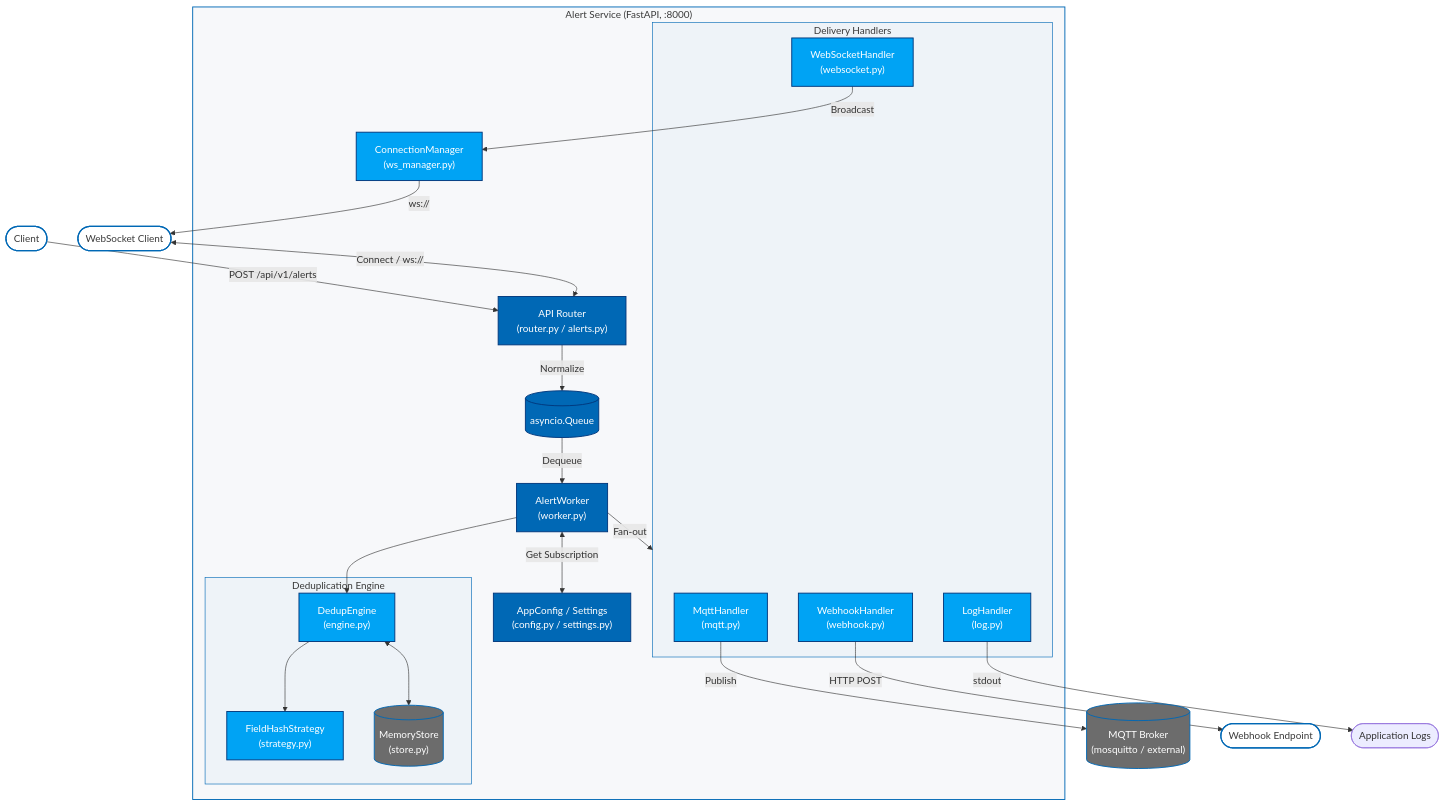
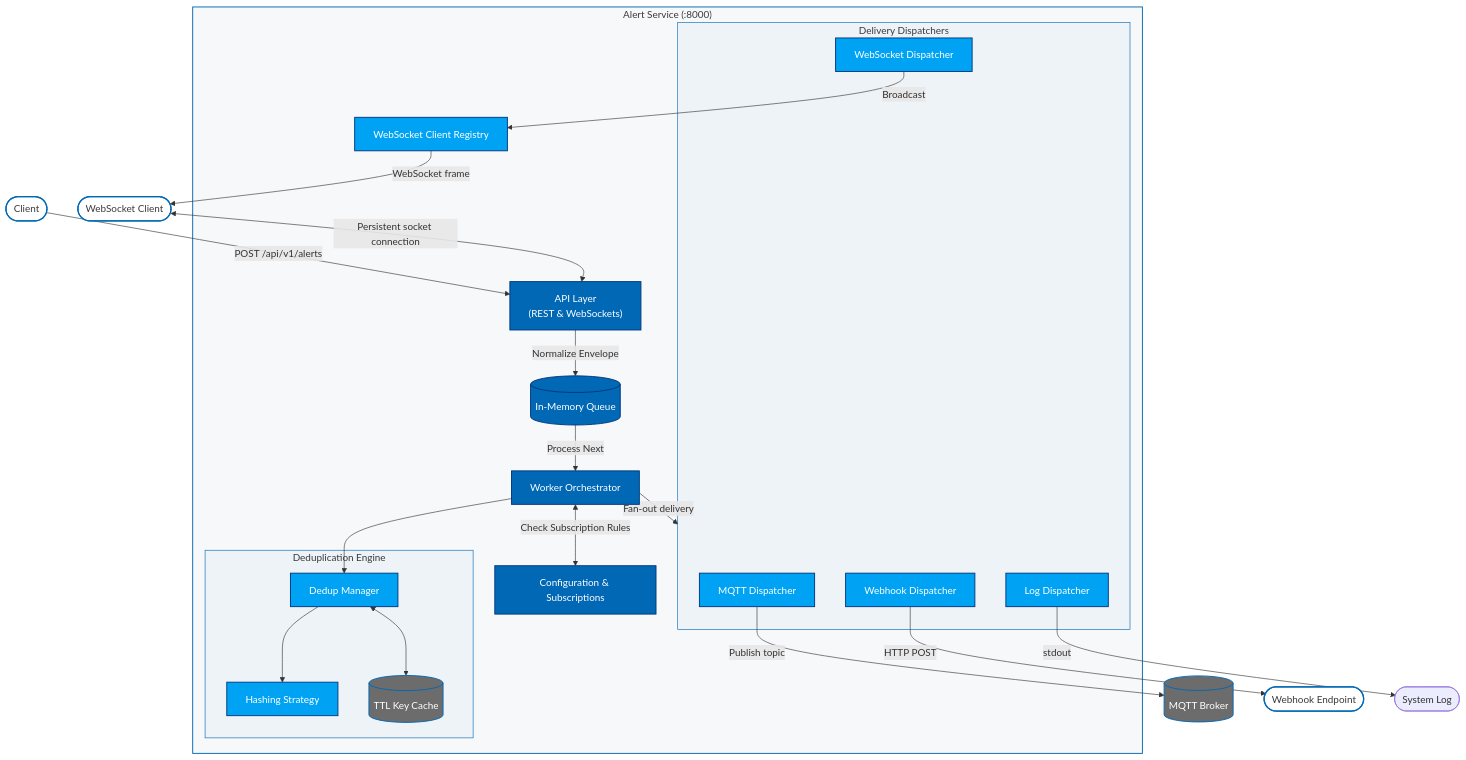
Before and after one commit to open-edge-platform/edge-ai-libraries: the diagram in microservices/alert-service/docs/user-guide/how-it-works.md, drawn with Mermaid.

Commit message:
update architecture

````diff
--- a/microservices/alert-service/docs/user-guide/how-it-works.md
+++ b/microservices/alert-service/docs/user-guide/how-it-works.md
@@ -9,82 +9,82 @@
 ```mermaid
 %%{init: {
   'theme': 'base',
   'themeVariables': {
     'fontFamily': '"IntelOne Display", "Intel Clear", "Inter", "Segoe UI", Arial, sans-serif',
     'fontSize': '14px',
     'primaryColor': '#0068B5',
     'primaryTextColor': '#FFFFFF',
     'primaryBorderColor': '#00377C',
     'lineColor': '#00377C',
     'secondaryColor': '#EEF3F8',
     'tertiaryColor': '#F7F8FA',
     'background': '#FFFFFF',
     'mainBkg': '#FFFFFF',
     'clusterBkg': '#F7F8FA',
     'clusterBorder': '#0068B5',
     'edgeLabelBackground': '#FFFFFF',
     'noteBkgColor': '#F7F8FA',
     'noteTextColor': '#3A3A3A'
   }
 }}%%
 flowchart TD
     Client([Client])
 
-    subgraph Service["Alert Service (FastAPI, :8000)"]
-        API["API Router<br/>(router.py / alerts.py)"]
-        Queue[("asyncio.Queue")]
-        Worker["AlertWorker<br/>(worker.py)"]
+    subgraph Service["Alert Service (:8000)"]
+        API["API Layer<br/>(REST & WebSockets)"]
+        Queue[("In-Memory Queue")]
+        Worker["Worker Orchestrator"]
         
         subgraph Dedup["Deduplication Engine"]
-            Engine["DedupEngine<br/>(engine.py)"]
-            Strategy["FieldHashStrategy<br/>(strategy.py)"]
-            Store[("MemoryStore<br/>(store.py)")]
+            Engine["Dedup Manager"]
+            Strategy["Hashing Strategy"]
+            Store[("TTL Key Cache")]
         end
 
-        subgraph Handlers["Delivery Handlers"]
-            LogH["LogHandler<br/>(log.py)"]
-            MqttH["MqttHandler<br/>(mqtt.py)"]
-            WebH["WebhookHandler<br/>(webhook.py)"]
-            WSH["WebSocketHandler<br/>(websocket.py)"]
+        subgraph Handlers["Delivery Dispatchers"]
+            LogH["Log Dispatcher"]
+            MqttH["MQTT Dispatcher"]
+            WebH["Webhook Dispatcher"]
+            WSH["WebSocket Dispatcher"]
         end
         
-        Config["AppConfig / Settings<br/>(config.py / settings.py)"]
-        WSManager["ConnectionManager<br/>(ws_manager.py)"]
+        Config["Configuration & Subscriptions"]
+        WSManager["WebSocket Client Registry"]
     end
 
-    Broker[("MQTT Broker<br/>(mosquitto / external)")]
+    Broker[("MQTT Broker")]
     WebhookDst([Webhook Endpoint])
     WSClient([WebSocket Client])
 
     Client -- "POST /api/v1/alerts" --> API
-    API -->|Normalize| Queue
-    Queue -->|Dequeue| Worker
-    Worker <-->|Get Subscription| Config
+    API -->|Normalize Envelope| Queue
+    Queue -->|Process Next| Worker
+    Worker <-->|Check Subscription Rules| Config
     Worker --> Engine
     Engine --> Strategy
     Engine <--> Store
     
-    Worker -->|Fan-out| Handlers
-    LogH -->|stdout| LogStdout([Application Logs])
-    MqttH -->|Publish| Broker
+    Worker -->|Fan-out delivery| Handlers
+    LogH -->|stdout| LogStdout([System Log])
+    MqttH -->|Publish topic| Broker
     WebH -->|HTTP POST| WebhookDst
     WSH -->|Broadcast| WSManager
-    WSManager -->|ws://| WSClient
+    WSManager -->|WebSocket frame| WSClient
     
-    WSClient <-->|Connect / ws://| API
+    WSClient <-->|Persistent socket connection| API
 
     classDef client fill:#FFFFFF,stroke:#0068B5,stroke-width:2px,color:#3A3A3A;
     classDef core fill:#0068B5,stroke:#00377C,stroke-width:1.5px,color:#FFFFFF;
     classDef backend fill:#00A3F4,stroke:#00377C,stroke-width:1.5px,color:#FFFFFF;
     classDef store fill:#6C6C6C,stroke:#0068B5,stroke-width:1.5px,color:#FFFFFF;
     classDef device fill:#00C7FD,stroke:#00377C,stroke-width:1.5px,color:#3A3A3A;
 
     class Client,WebhookDst,WSClient client;
     class API,Queue,Worker,Config core;
     class Engine,Strategy,LogH,MqttH,WebH,WSH,WSManager backend;
     class Store,Broker store;
 
     style Service fill:#F7F8FA,stroke:#0068B5,stroke-width:1.5px,color:#3A3A3A;
     style Dedup fill:#EEF3F8,stroke:#0068B5,stroke-width:1.0px,color:#3A3A3A;
     style Handlers fill:#EEF3F8,stroke:#0068B5,stroke-width:1.0px,color:#3A3A3A;
 ```
````
